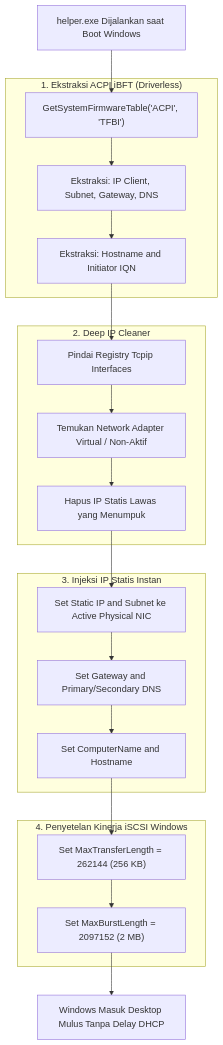
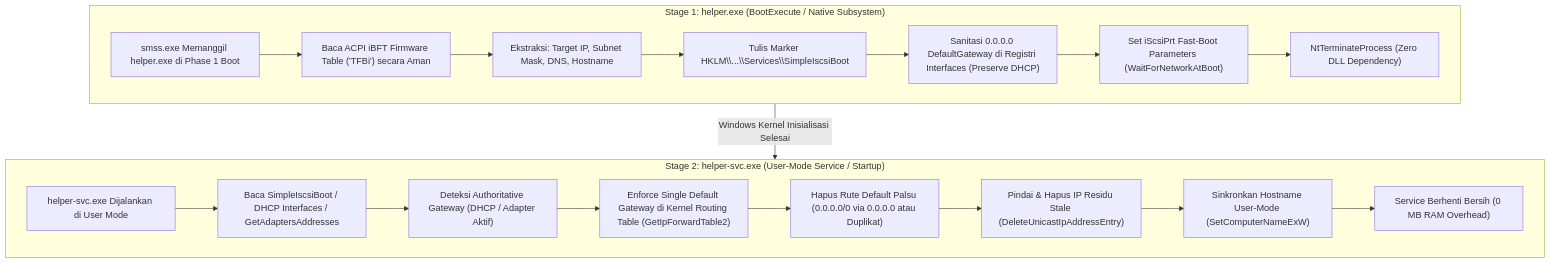
The seventh of 8 diagrams in DOCUMENTATION.md (milanalfandiismail/Simple-Iscsi), drawn with Mermaid before and after one commit. The commit also changed other lines of this file and 2 other files, not shown here.

Commit message:
fix(helper+ui): preserve DHCP default gateway, enforce single kernel route, sanitize 0.0.0.0 registry, and fix frontend super client discard UI state

````diff
--- a/DOCUMENTATION.md
+++ b/DOCUMENTATION.md
@@ -436,40 +484,40 @@
 ```mermaid
 flowchart TD
-    START["helper.exe Dijalankan saat Boot Windows"]
-    
-    subgraph iBFT_Parsing ["1. Ekstraksi ACPI iBFT (Driverless)"]
-        FIRMWARE["GetSystemFirmwareTable('ACPI', 'TFBI')"]
-        PARSE_IP["Ekstraksi: IP Client, Subnet, Gateway, DNS"]
-        PARSE_NAME["Ekstraksi: Hostname and Initiator IQN"]
+    subgraph Stage1 ["Stage 1: helper.exe (BootExecute / Native Subsystem)"]
+        S1_START["smss.exe Memanggil helper.exe di Phase 1 Boot"]
+        S1_IBFT["Baca ACPI iBFT Firmware Table ('TFBi') secara Aman"]
+        S1_PARSE["Ekstraksi: Target IP, Subnet Mask, DNS, Hostname"]
+        S1_MARKER["Tulis Marker HKLM\\...\\Services\\SimpleIscsiBoot"]
+        S1_CLEAN_GW["Sanitasi 0.0.0.0 DefaultGateway di Registri Interfaces (Preserve DHCP)"]
+        S1_FAST_BOOT["Set iScsiPrt Fast-Boot Parameters (WaitForNetworkAtBoot)"]
+        S1_EXIT["NtTerminateProcess (Zero DLL Dependency)"]
+        
+        S1_START --> S1_IBFT
+        S1_IBFT --> S1_PARSE
+        S1_PARSE --> S1_MARKER
+        S1_MARKER --> S1_CLEAN_GW
+        S1_CLEAN_GW --> S1_FAST_BOOT
+        S1_FAST_BOOT --> S1_EXIT
+    end
+
+    subgraph Stage2 ["Stage 2: helper-svc.exe (User-Mode Service / Startup)"]
+        S2_START["helper-svc.exe Dijalankan di User Mode"]
+        S2_READ["Baca SimpleIscsiBoot / DHCP Interfaces / GetAdaptersAddresses"]
+        S2_GW["Deteksi Authoritative Gateway (DHCP / Adapter Aktif)"]
+        S2_KERNEL_RT["Enforce Single Default Gateway di Kernel Routing Table (GetIpForwardTable2)"]
+        S2_DEL_BOGUS["Hapus Rute Default Palsu (0.0.0.0/0 via 0.0.0.0 atau Duplikat)"]
+        S2_PURGE_IP["Pindai & Hapus IP Residu Stale (DeleteUnicastIpAddressEntry)"]
+        S2_HOSTNAME["Sinkronkan Hostname User-Mode (SetComputerNameExW)"]
+        S2_DONE["Service Berhenti Bersih (0 MB RAM Overhead)"]
+        
+        S2_START --> S2_READ
+        S2_READ --> S2_GW
+        S2_GW --> S2_KERNEL_RT
+        S2_KERNEL_RT --> S2_DEL_BOGUS
+        S2_DEL_BOGUS --> S2_PURGE_IP
+        S2_PURGE_IP --> S2_HOSTNAME
+        S2_HOSTNAME --> S2_DONE
     end
     
-    subgraph IP_Cleaning ["2. Deep IP Cleaner"]
-        REG_SCAN["Pindai Registry Tcpip Interfaces"]
-        FIND_GHOST["Temukan Network Adapter Virtual / Non-Aktif"]
-        CLEAR_OLD["Hapus IP Statis Lawas yang Menumpuk"]
-    end
-    
-    subgraph IP_Injection ["3. Injeksi IP Statis Instan"]
-        SET_IP["Set Static IP and Subnet ke Active Physical NIC"]
-        SET_GW["Set Gateway and Primary/Secondary DNS"]
-        SET_HOST["Set ComputerName and Hostname"]
-    end
-    
-    subgraph REG_TUNE ["4. Penyetelan Kinerja iSCSI Windows"]
-        TUNE_LEN["Set MaxTransferLength = 262144 (256 KB)"]
-        TUNE_BURST["Set MaxBurstLength = 2097152 (2 MB)"]
-    end
-    
-    START --> FIRMWARE
-    FIRMWARE --> PARSE_IP
-    PARSE_IP --> PARSE_NAME
-    PARSE_NAME --> REG_SCAN
-    REG_SCAN --> FIND_GHOST
-    FIND_GHOST --> CLEAR_OLD
-    CLEAR_OLD --> SET_IP
-    SET_IP --> SET_GW
-    SET_GW --> SET_HOST
-    SET_HOST --> TUNE_LEN
-    TUNE_LEN --> TUNE_BURST
-    TUNE_BURST --> END_READY["Windows Masuk Desktop Mulus Tanpa Delay DHCP"]
+    Stage1 -->|"Windows Kernel Inisialisasi Selesai"| Stage2
 ```
````
